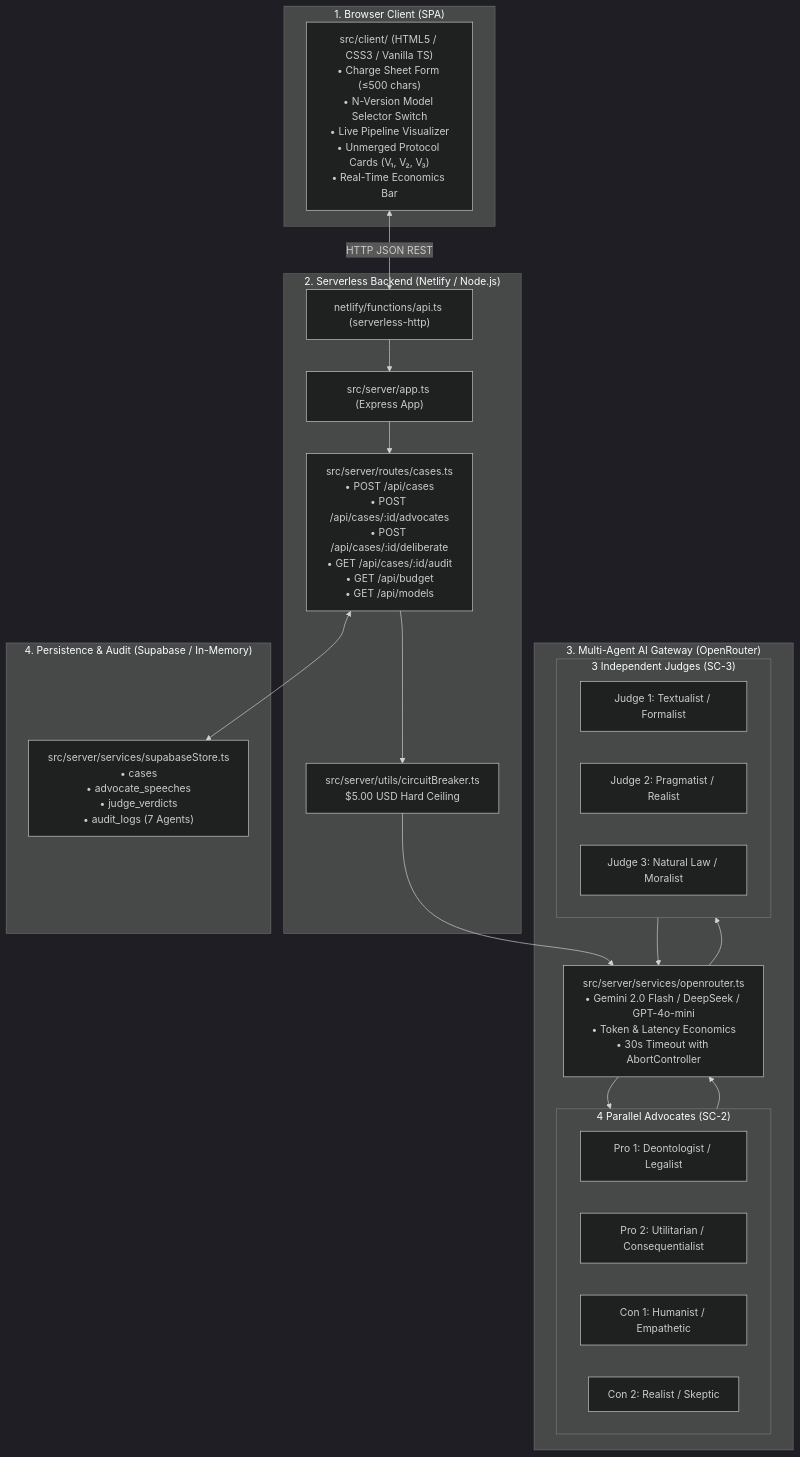
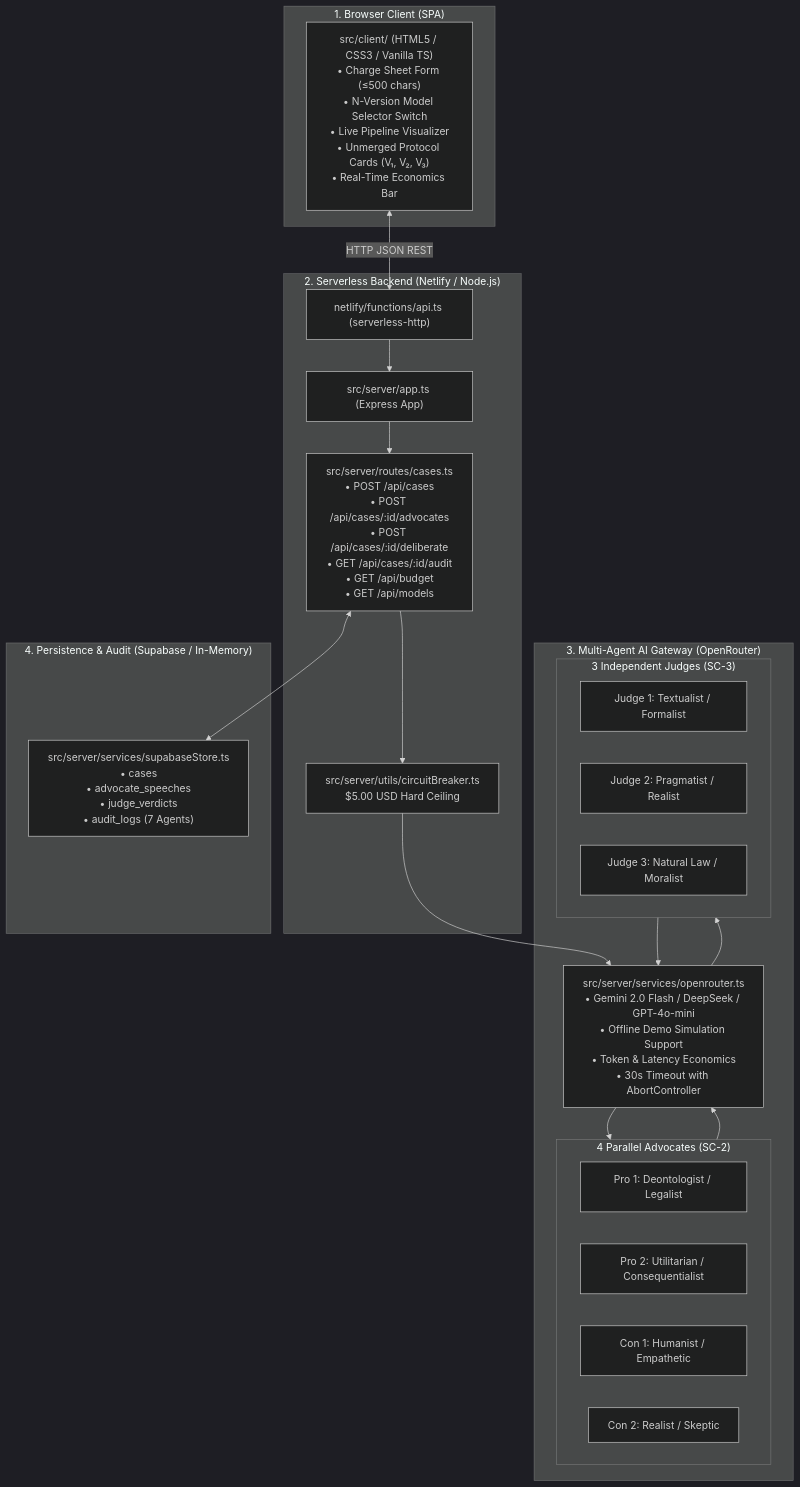
Before and after one commit to Amityst12/LLM-Project-AmitYehoshaphat: the diagram in README.md, drawn with Mermaid (dark theme). The commit also changed other lines of this file and 7 other files, not shown here.

First line of the commit message:
test(compliance): add offline demo simulation mode and automated course compliance verification suite

````diff
--- a/README.md
+++ b/README.md
@@ -27,42 +28,42 @@
 ```mermaid
 flowchart TD
     subgraph Layer1["1. Browser Client (SPA)"]
         UI["src/client/ (HTML5 / CSS3 / Vanilla TS)\n• Charge Sheet Form (≤500 chars)\n• N-Version Model Selector Switch\n• Live Pipeline Visualizer\n• Unmerged Protocol Cards (V₁, V₂, V₃)\n• Real-Time Economics Bar"]
     end
 
     subgraph Layer2["2. Serverless Backend (Netlify / Node.js)"]
         NF["netlify/functions/api.ts (serverless-http)"]
         EXP["src/server/app.ts (Express App)"]
         RT["src/server/routes/cases.ts\n• POST /api/cases\n• POST /api/cases/:id/advocates\n• POST /api/cases/:id/deliberate\n• GET /api/cases/:id/audit\n• GET /api/budget\n• GET /api/models"]
         CB["src/server/utils/circuitBreaker.ts\n$5.00 USD Hard Ceiling"]
     end
 
     subgraph Layer3["3. Multi-Agent AI Gateway (OpenRouter)"]
-        OR["src/server/services/openrouter.ts\n• Gemini 2.0 Flash / DeepSeek / GPT-4o-mini\n• Token & Latency Economics\n• 30s Timeout with AbortController"]
+        OR["src/server/services/openrouter.ts\n• Gemini 2.0 Flash / DeepSeek / GPT-4o-mini\n• Offline Demo Simulation Support\n• Token & Latency Economics\n• 30s Timeout with AbortController"]
         subgraph Advocates["4 Parallel Advocates (SC-2)"]
             P1["Pro 1: Deontologist / Legalist"]
             P2["Pro 2: Utilitarian / Consequentialist"]
             C1["Con 1: Humanist / Empathetic"]
             C2["Con 2: Realist / Skeptic"]
         end
         subgraph Judges["3 Independent Judges (SC-3)"]
             J1["Judge 1: Textualist / Formalist"]
             J2["Judge 2: Pragmatist / Realist"]
             J3["Judge 3: Natural Law / Moralist"]
         end
     end
 
     subgraph Layer4["4. Persistence & Audit (Supabase / In-Memory)"]
         DB["src/server/services/supabaseStore.ts\n• cases\n• advocate_speeches\n• judge_verdicts\n• audit_logs (7 Agents)"]
     end
 
     UI <-->|HTTP JSON REST| NF
     NF --> EXP --> RT
     RT --> CB
     CB --> OR
     OR --> Advocates
     Advocates --> OR
     OR --> Judges
     Judges --> OR
     RT <--> DB
 ```
````
